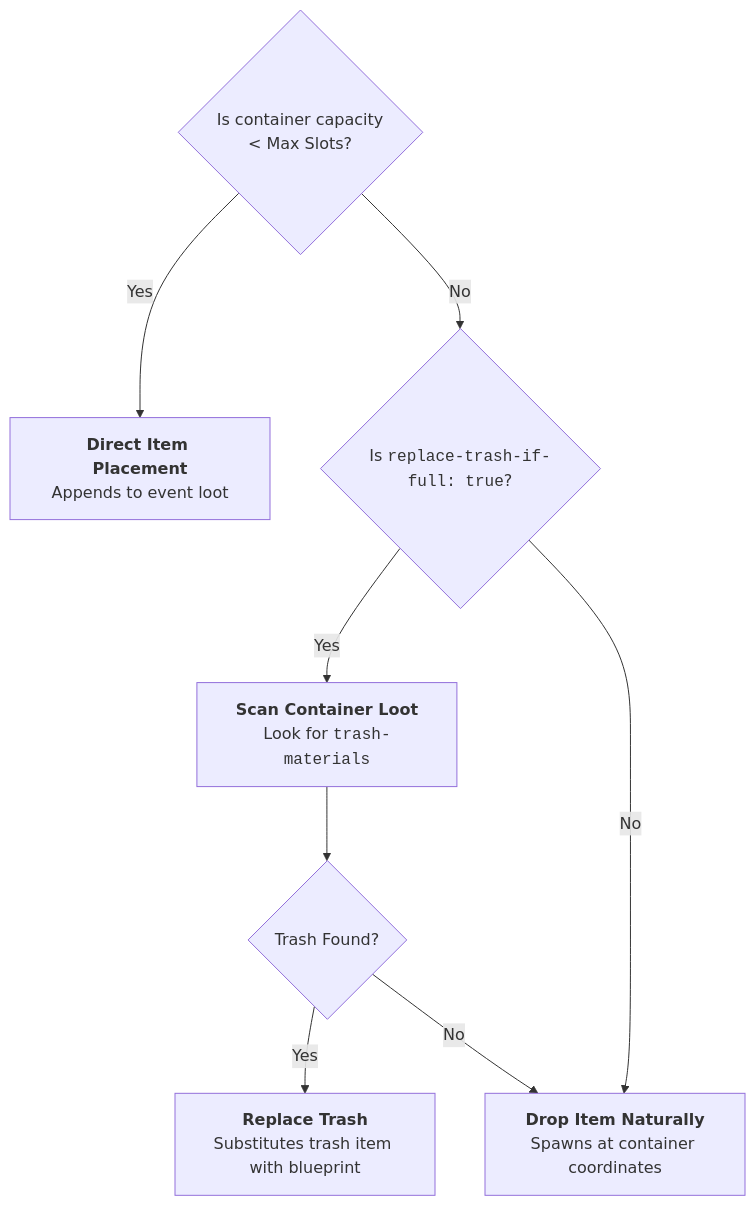
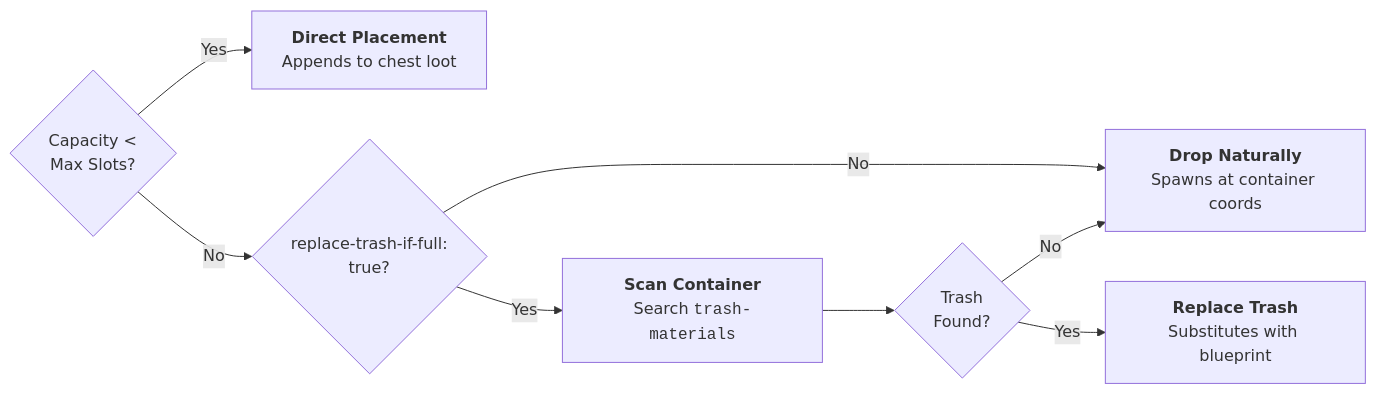
The second of 2 diagrams in docs/operations/world-loot-tables.md (XZtotal/CraftingBlueprints-Wiki), drawn with Mermaid before and after one commit. The commit also changed 21 other files, not shown here.

Commit message:
style(docs): widen all remaining vertical diagrams to horizontal pipelines and guarantee shadow-DOM centering

````diff
--- a/docs/operations/world-loot-tables.md
+++ b/docs/operations/world-loot-tables.md
@@ -248,18 +248,10 @@
 ```mermaid
-flowchart TD
-    CapCheck{"Is container capacity<br/>&lt; Max Slots?"}
-    Direct["<b>Direct Item Placement</b><br/>Appends to event loot"]
-    TrashCheck{"Is <code>replace-trash-if-full: true</code>?"}
-    Scan["<b>Scan Container Loot</b><br/>Look for <code>trash-materials</code>"]
-    DropWorld["<b>Drop Item Naturally</b><br/>Spawns at container coordinates"]
-    FoundCheck{"Trash Found?"}
-    Replace["<b>Replace Trash</b><br/>Substitutes trash item with blueprint"]
-
-    CapCheck -->|Yes| Direct
-    CapCheck -->|No| TrashCheck
-    TrashCheck -->|Yes| Scan
-    TrashCheck -->|No| DropWorld
-    Scan --> FoundCheck
-    FoundCheck -->|Yes| Replace
-    FoundCheck -->|No| DropWorld
+flowchart LR
+    CapCheck{"Capacity &lt;<br/>Max Slots?"}
+    CapCheck -->|Yes| Direct["<b>Direct Placement</b><br/>Appends to chest loot"]
+    CapCheck -->|No| TrashCheck{"replace-trash-if-full:<br/>true?"}
+    TrashCheck -->|No| DropWorld["<b>Drop Naturally</b><br/>Spawns at container coords"]
+    TrashCheck -->|Yes| Scan["<b>Scan Container</b><br/>Search <code>trash-materials</code>"] --> Found{"Trash<br/>Found?"}
+    Found -->|Yes| Replace["<b>Replace Trash</b><br/>Substitutes with blueprint"]
+    Found -->|No| DropWorld
 ```
````
